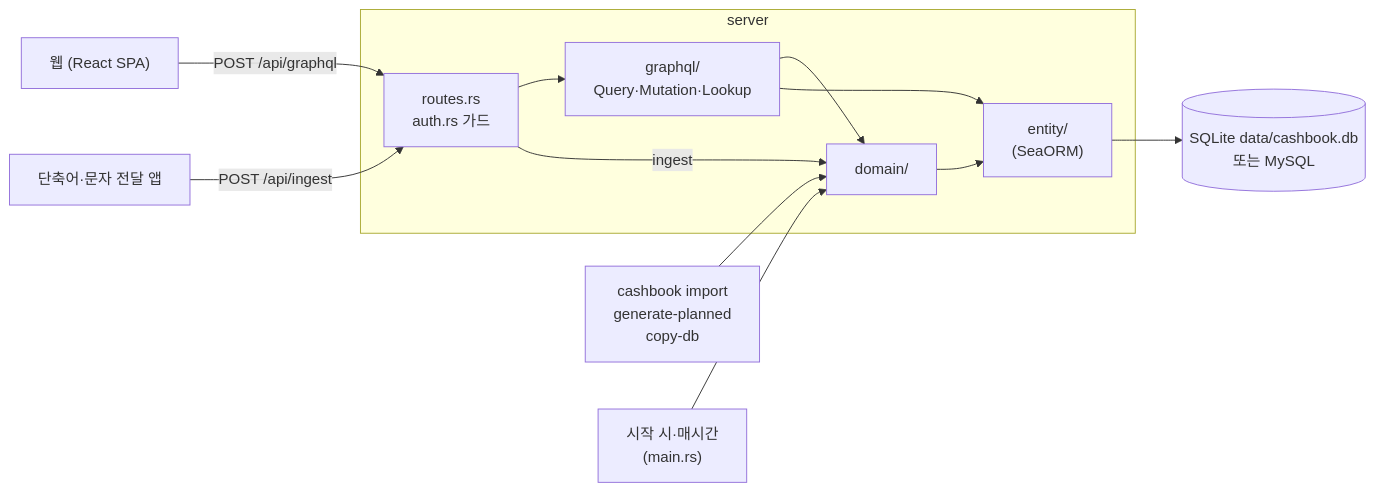
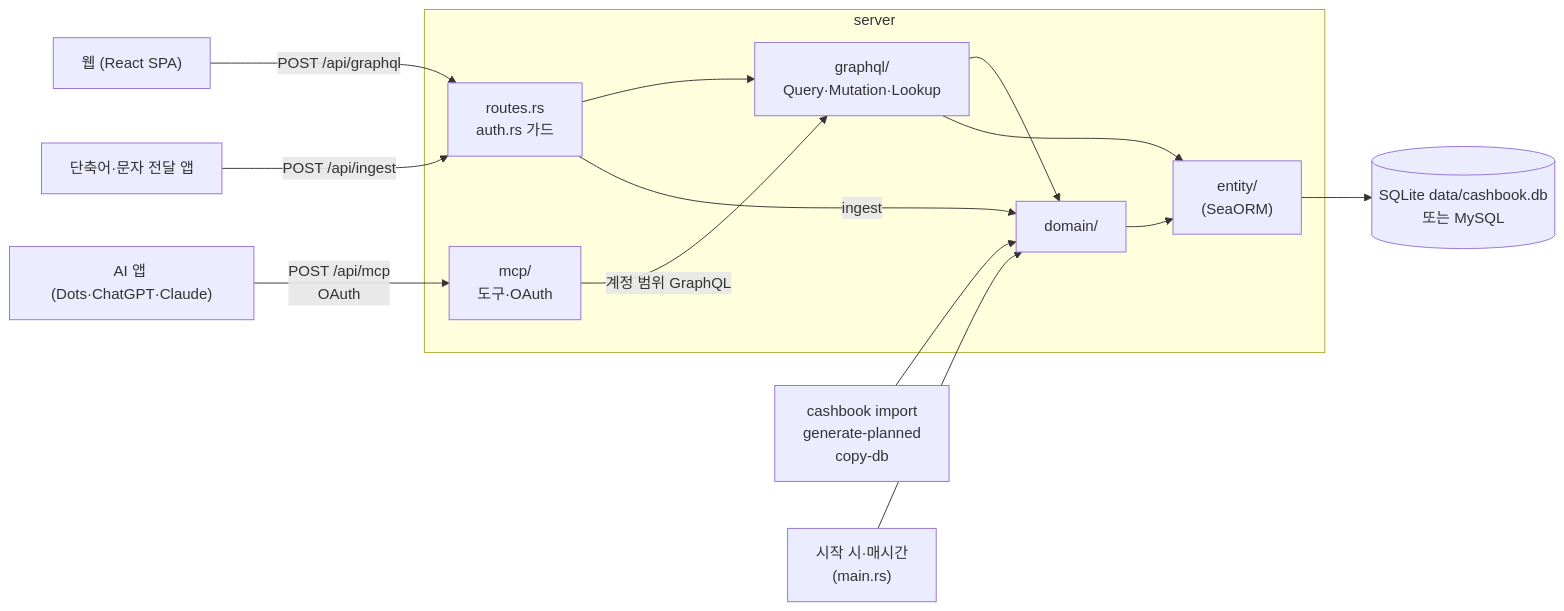
Before and after one commit to rouddy/cashbook: the first of 2 diagrams in server/README.md, drawn with Mermaid. The commit also changed other lines of this file and 2 other files, not shown here.

Commit message:
문서: MCP 서버와 OAuth 연결

````diff
--- a/server/README.md
+++ b/server/README.md
@@ -65,16 +69,18 @@
 ```mermaid
 flowchart LR
     Web["웹 (React SPA)"] -->|"POST /api/graphql"| Routes
     Auto["단축어·문자 전달 앱"] -->|"POST /api/ingest"| Routes
+    AI["AI 앱 (Dots·ChatGPT·Claude)"] -->|"POST /api/mcp<br/>OAuth"| Mcp
     CLI["cashbook import<br/>generate-planned<br/>copy-db"] --> Domain
     Timer["시작 시·매시간<br/>(main.rs)"] --> Domain
 
     subgraph server
         Routes["routes.rs<br/>auth.rs 가드"] --> GraphQL["graphql/<br/>Query·Mutation·Lookup"]
         Routes -->|ingest| Domain
+        Mcp["mcp/<br/>도구·OAuth"] -->|"계정 범위 GraphQL"| GraphQL
         GraphQL --> Domain["domain/"]
         GraphQL --> Entity
         Domain --> Entity["entity/<br/>(SeaORM)"]
     end
     Entity --> DB[("SQLite data/cashbook.db<br/>또는 MySQL")]
 ```
````
